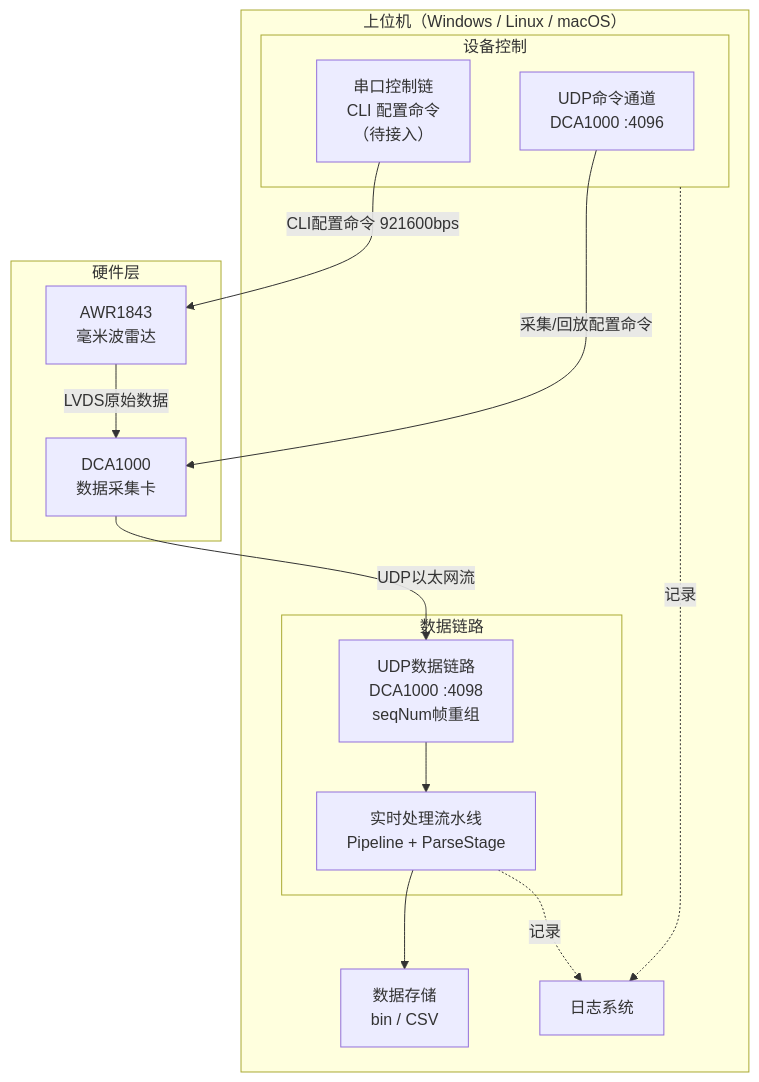
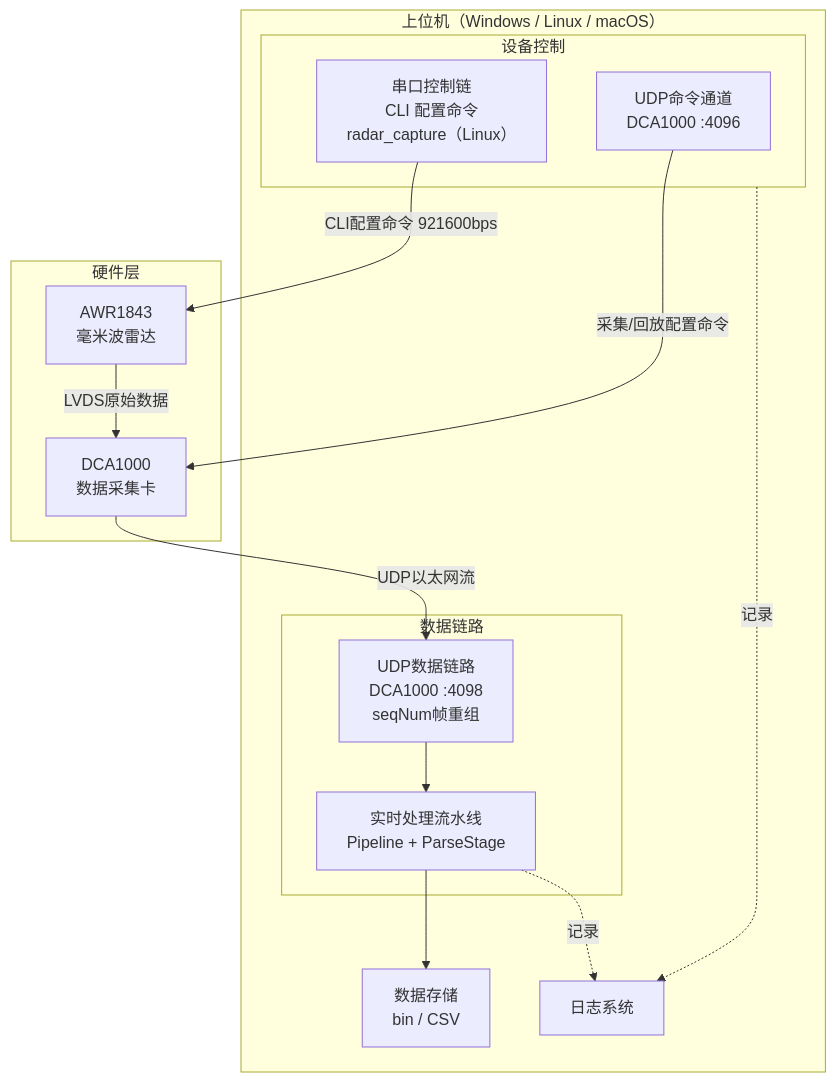
One commit to Lukad77/awr1843-radar-toolkit changed the first of 4 diagrams in README.md. Above: the diagram before and after it, drawn with Mermaid. The commit also changed other lines of this file and 4 other files, not shown here.

````diff
--- a/README.md
+++ b/README.md
@@ -52,28 +112,28 @@
 ```mermaid
 graph TB
     subgraph HW["硬件层"]
         RADAR["AWR1843<br/>毫米波雷达"]
         DCA["DCA1000<br/>数据采集卡"]
     end
     subgraph HOST["上位机（Windows / Linux / macOS）"]
         subgraph CTRL["设备控制"]
-            SERIAL["串口控制链<br/>CLI 配置命令<br/>（待接入）"]
+            SERIAL["串口控制链<br/>CLI 配置命令<br/>radar_capture（Linux）"]
             UDPCTRL["UDP命令通道<br/>DCA1000 :4096"]
         end
         subgraph DATA["数据链路"]
             UDPRECV["UDP数据链路<br/>DCA1000 :4098<br/>seqNum帧重组"]
             PIPE["实时处理流水线<br/>Pipeline + ParseStage"]
         end
         STORE["数据存储<br/>bin / CSV"]
         LOG["日志系统"]
     end
 
     SERIAL -->|"CLI配置命令 921600bps"| RADAR
     UDPCTRL -->|"采集/回放配置命令"| DCA
     RADAR -->|"LVDS原始数据"| DCA
     DCA -->|"UDP以太网流"| UDPRECV
     UDPRECV --> PIPE
     PIPE --> STORE
     PIPE -.记录.-> LOG
     CTRL -.记录.-> LOG
 ```
````
